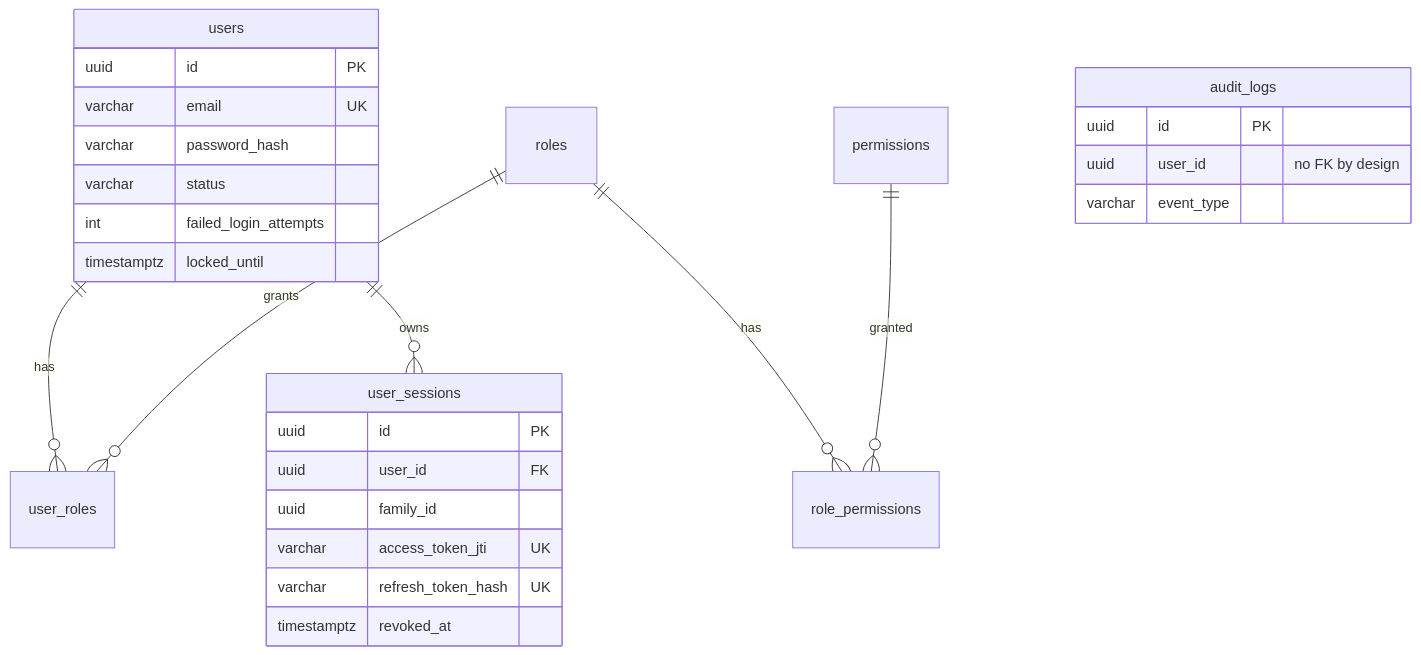
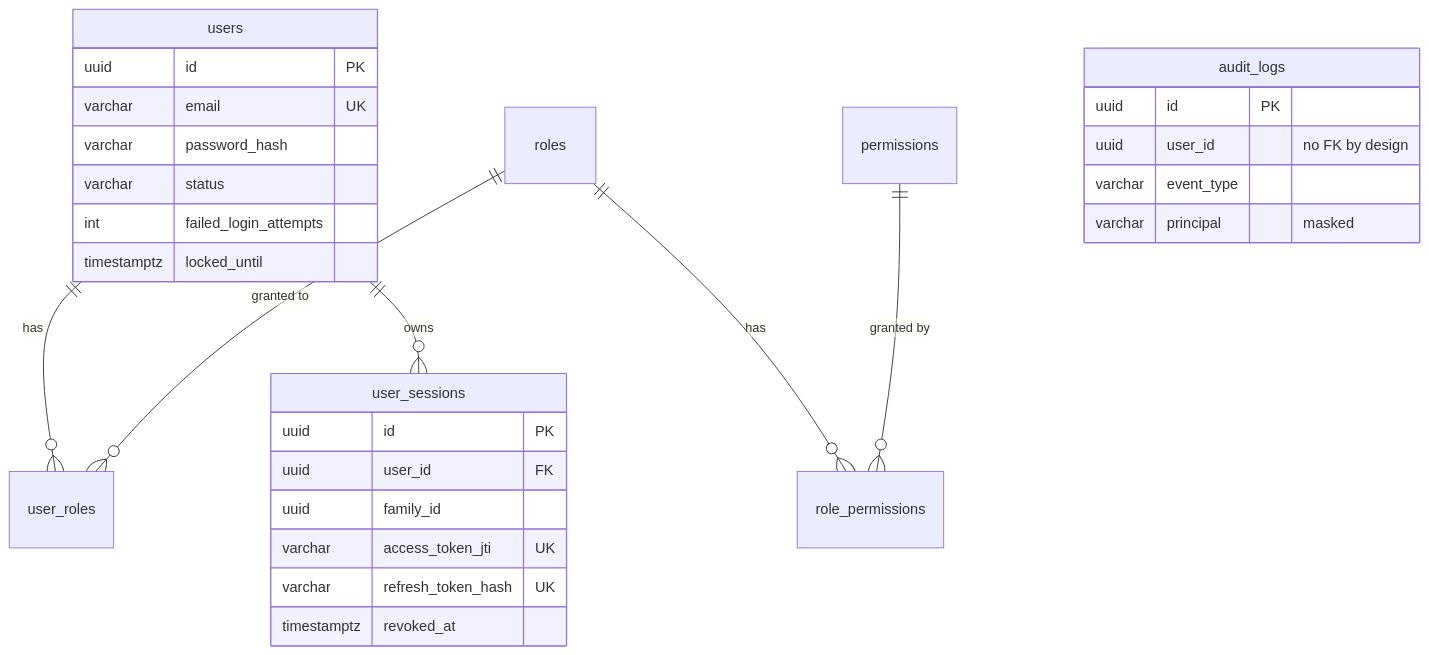
One commit to psalmmy10/EE-Security-Auth-Service changed the fourth of 4 diagrams in README.md. Above: the diagram before and after it, drawn with Mermaid. The commit also changed other lines of this file and 25 other files, not shown here.

````diff
--- a/README.md
+++ b/README.md
@@ -47,23 +469,30 @@
 ```mermaid
 erDiagram
     users ||--o{ user_roles : has
-    roles ||--o{ user_roles : grants
+    roles ||--o{ user_roles : "granted to"
     roles ||--o{ role_permissions : has
-    permissions ||--o{ role_permissions : granted
+    permissions ||--o{ role_permissions : "granted by"
     users ||--o{ user_sessions : owns
-    users { uuid id PK
-            varchar email UK
-            varchar password_hash
-            varchar status
-            int failed_login_attempts
-            timestamptz locked_until }
-    user_sessions { uuid id PK
-                    uuid user_id FK
-                    uuid family_id
-                    varchar access_token_jti UK
-                    varchar refresh_token_hash UK
-                    timestamptz revoked_at }
-    audit_logs { uuid id PK
-                 uuid user_id "no FK by design"
-                 varchar event_type }
+    users {
+        uuid id PK
+        varchar email UK
+        varchar password_hash
+        varchar status
+        int failed_login_attempts
+        timestamptz locked_until
+    }
+    user_sessions {
+        uuid id PK
+        uuid user_id FK
+        uuid family_id
+        varchar access_token_jti UK
+        varchar refresh_token_hash UK
+        timestamptz revoked_at
+    }
+    audit_logs {
+        uuid id PK
+        uuid user_id "no FK by design"
+        varchar event_type
+        varchar principal "masked"
+    }
 ```
````
